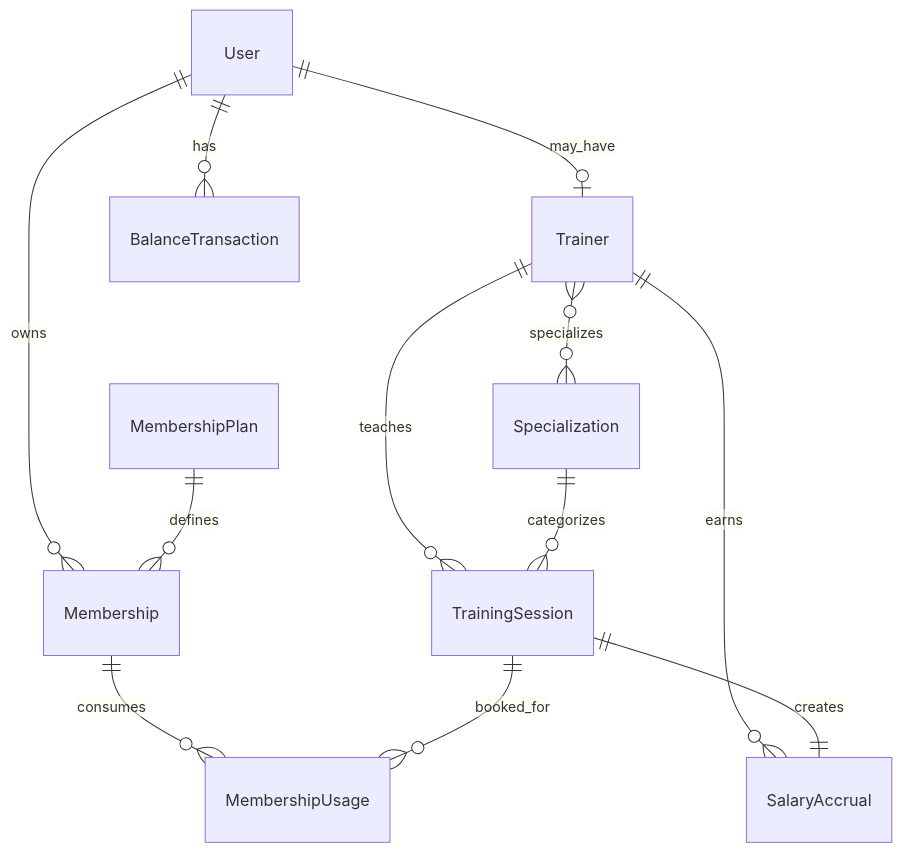
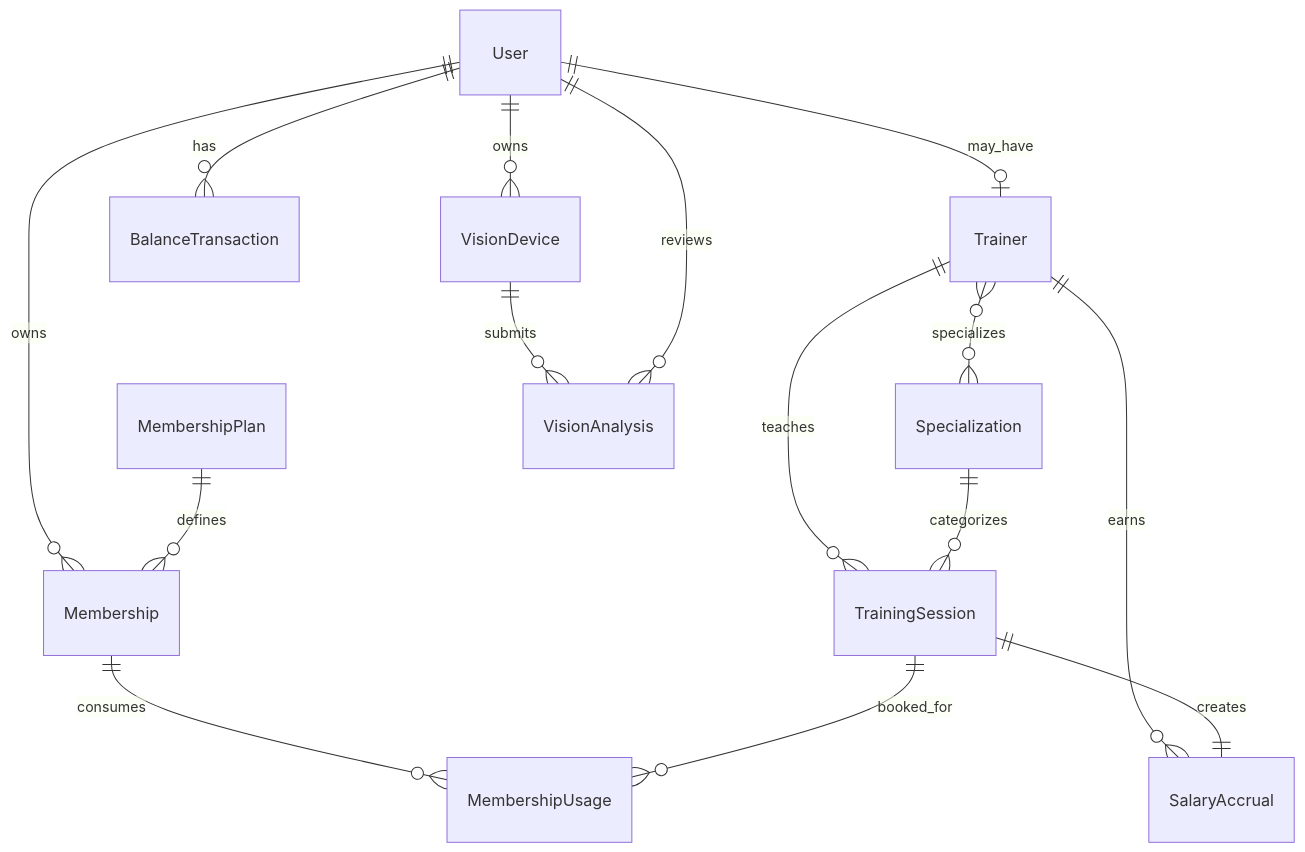
One commit to RoboStorePL/trainmate changed the diagram in README.md. Above: the diagram before and after it, drawn with Mermaid. The commit also changed other lines of this file and 16 other files, not shown here.

````diff
--- a/README.md
+++ b/README.md
@@ -109,14 +131,17 @@
 ```mermaid
 erDiagram
     User ||--o| Trainer : may_have
     Trainer ||--o{ TrainingSession : teaches
     Specialization ||--o{ TrainingSession : categorizes
     Trainer }o--o{ Specialization : specializes
     User ||--o{ Membership : owns
     MembershipPlan ||--o{ Membership : defines
     Membership ||--o{ MembershipUsage : consumes
     TrainingSession ||--o{ MembershipUsage : booked_for
     User ||--o{ BalanceTransaction : has
     Trainer ||--o{ SalaryAccrual : earns
     TrainingSession ||--|| SalaryAccrual : creates
+    User ||--o{ VisionDevice : owns
+    VisionDevice ||--o{ VisionAnalysis : submits
+    User ||--o{ VisionAnalysis : reviews
 ```
````
